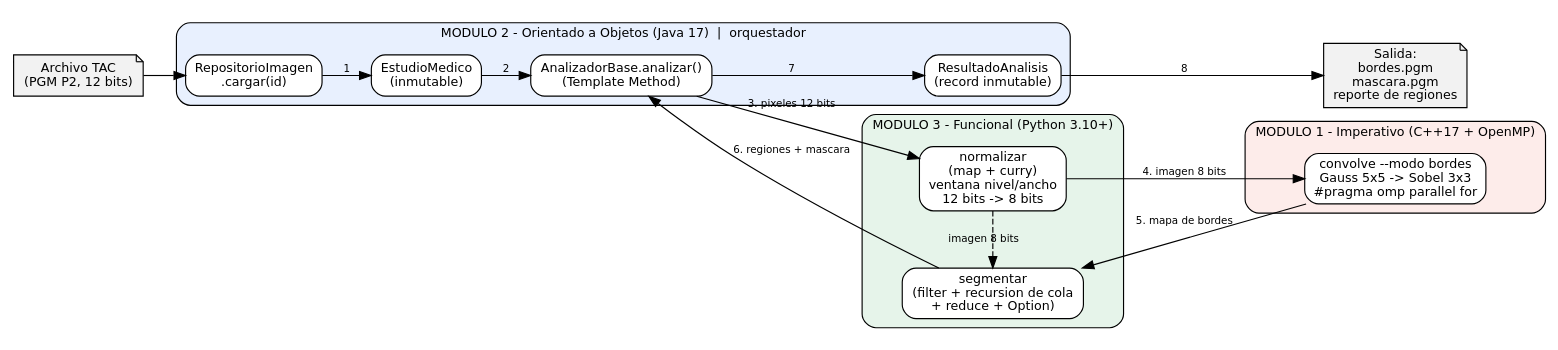
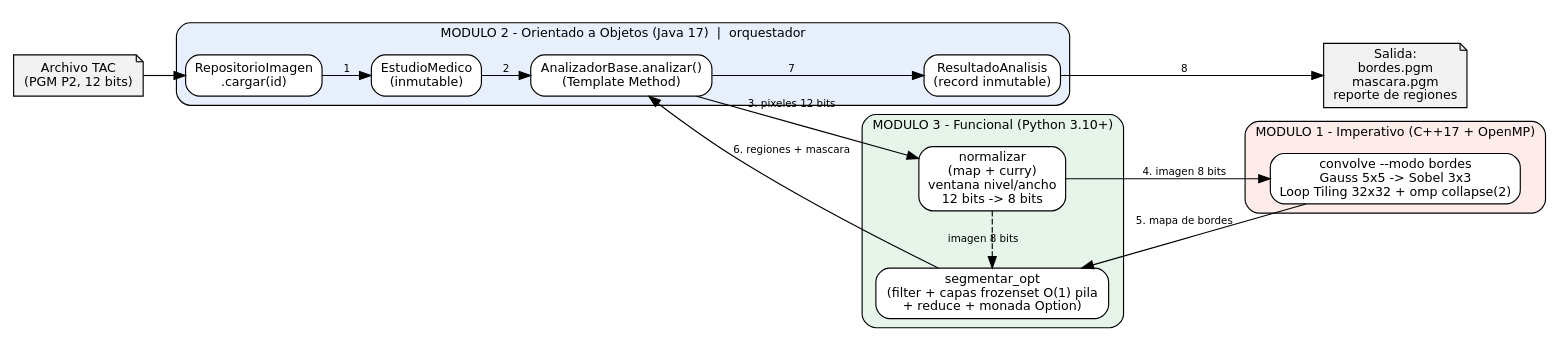
Before and after one commit to CuervoUnplugged/Entrega-A-Paradigmas-Grupo-4: the diagram in proyecto_grupo4_repositorio/proyecto_grupo4/docs/uml/flujo_datos.dot, drawn with Graphviz. The commit also changed 8 other files, not shown here.

Commit message:
Actualiza diagrama de flujo y PDF de Evidencia con Loop Tiling y monada Option

```diff
--- a/proyecto_grupo4_repositorio/proyecto_grupo4/docs/uml/flujo_datos.dot
+++ b/proyecto_grupo4_repositorio/proyecto_grupo4/docs/uml/flujo_datos.dot
@@ -1,33 +1,33 @@
 digraph F {
   rankdir=LR; nodesep=0.35; ranksep=0.5; fontname="DejaVu Sans"; compound=true;
   node [fontname="DejaVu Sans", fontsize=11, shape=box, style="rounded,filled", fillcolor="#FFFFFF"];
   edge [fontname="DejaVu Sans", fontsize=9];
 
   archivo [label="Archivo TAC\n(PGM P2, 12 bits)", shape=note, fillcolor="#F2F2F2"];
   salida  [label="Salida:\nbordes.pgm\nmascara.pgm\nreporte de regiones", shape=note, fillcolor="#F2F2F2"];
 
   subgraph cluster_java {
     label="MODULO 2 - Orientado a Objetos (Java 17)  |  orquestador"; style="rounded,filled"; fillcolor="#E8F0FE"; fontsize=11;
     repo [label="RepositorioImagen\n.cargar(id)"];
     est  [label="EstudioMedico\n(inmutable)"];
     ana  [label="AnalizadorBase.analizar()\n(Template Method)"];
     res  [label="ResultadoAnalisis\n(record inmutable)"];
   }
   subgraph cluster_py {
     label="MODULO 3 - Funcional (Python 3.10+)"; style="rounded,filled"; fillcolor="#E6F4EA"; fontsize=11;
     norm [label="normalizar\n(map + curry)\nventana nivel/ancho\n12 bits -> 8 bits"];
-    seg  [label="segmentar\n(filter + recursion de cola\n+ reduce + Option)"];
+    seg  [label="segmentar_opt\n(filter + capas frozenset O(1) pila\n+ reduce + monada Option)"];
   }
   subgraph cluster_cpp {
     label="MODULO 1 - Imperativo (C++17 + OpenMP)"; style="rounded,filled"; fillcolor="#FDECEA"; fontsize=11;
-    conv [label="convolve --modo bordes\nGauss 5x5 -> Sobel 3x3\n#pragma omp parallel for"];
+    conv [label="convolve --modo bordes\nGauss 5x5 -> Sobel 3x3\nLoop Tiling 32x32 + omp collapse(2)"];
   }
 
   archivo -> repo; repo -> est [label="1"]; est -> ana [label="2"];
   ana -> norm [label="3. pixeles 12 bits"];
   norm -> conv [label="4. imagen 8 bits"];
   conv -> seg [label="5. mapa de bordes", constraint=false];
   norm -> seg [label="imagen 8 bits", style=dashed, constraint=false];
   seg -> ana [label="6. regiones + mascara", constraint=false];
   ana -> res [label="7"]; res -> salida [label="8"];
 }
```
